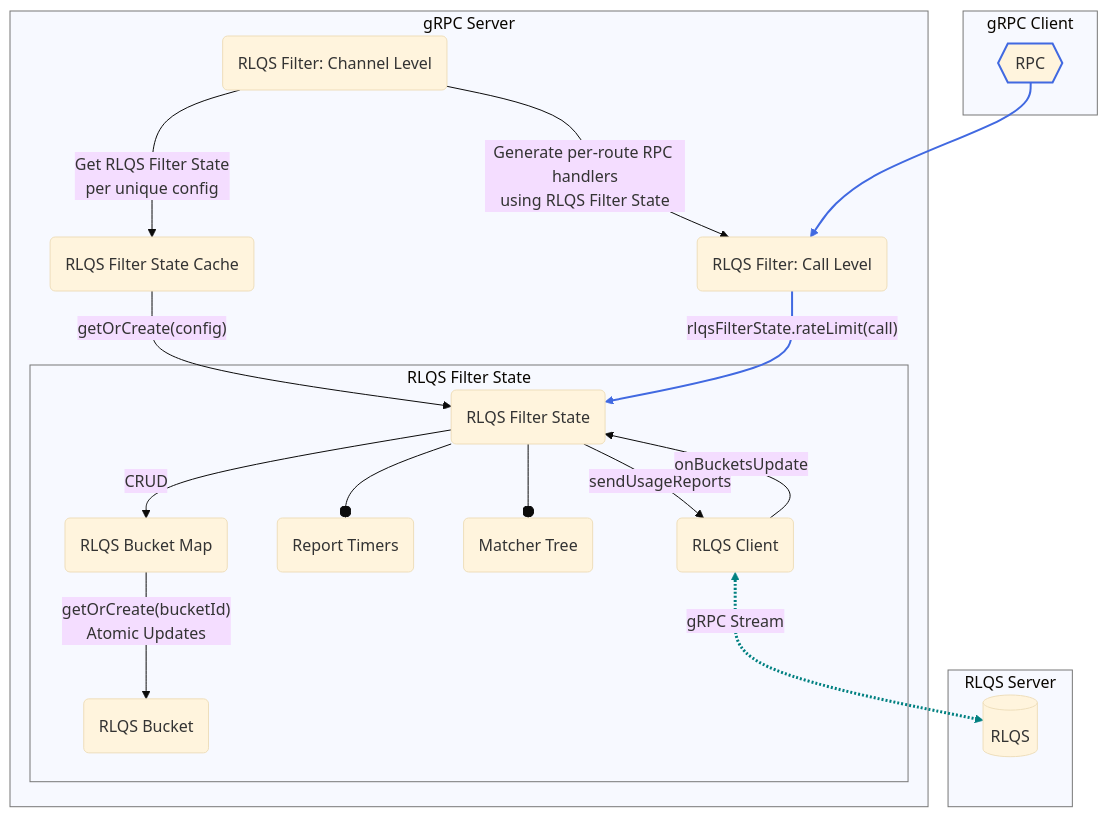
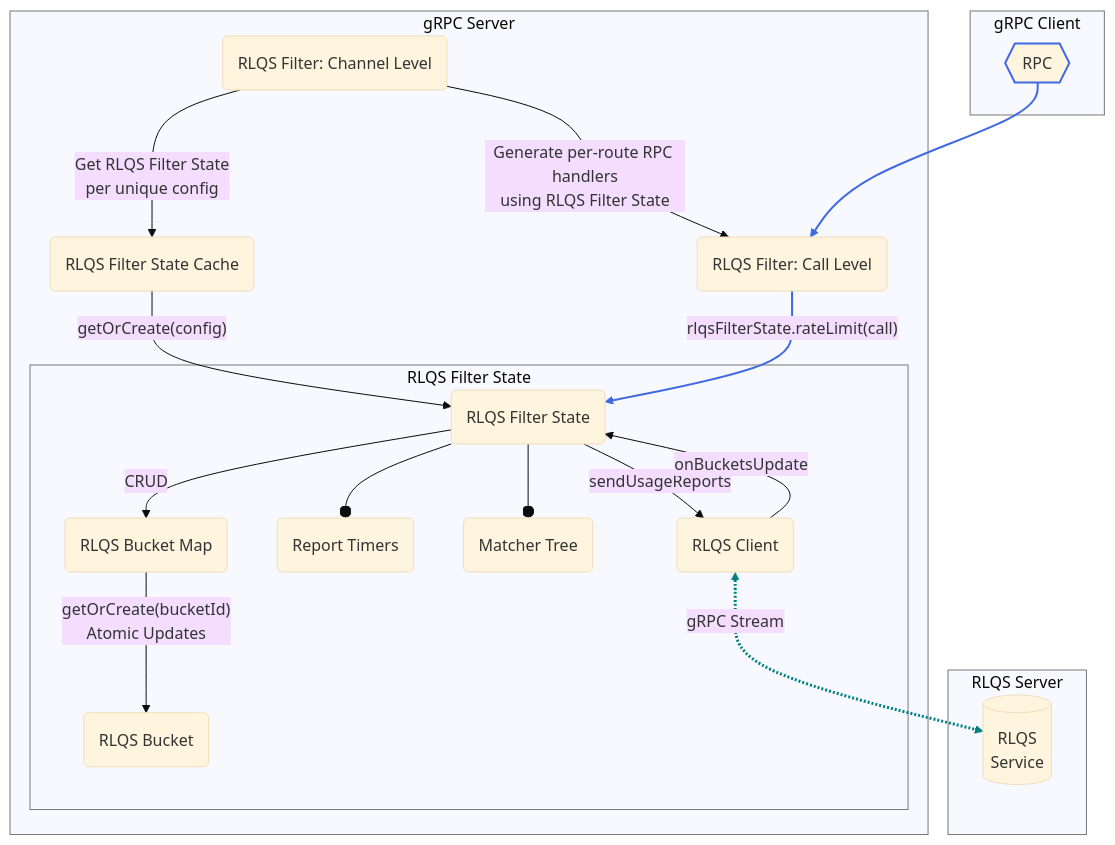
Before and after one commit to sergiitk/grfc-proposal: the diagram in A77-xds-rate-limiting-rlqs.md, drawn with Mermaid. The commit also changed other lines of this file, not shown here.

````diff
--- a/A77-xds-rate-limiting-rlqs.md
+++ b/A77-xds-rate-limiting-rlqs.md
@@ -78,44 +78,44 @@
 ```mermaid
 ---
 config:
   theme: base
   themeVariables:
     clusterBorder: "#777"
 ---
 graph TD
 %% RLQS Components Flowchart v10
 
 %% == nodes ==
     subgraph grpc_client_box [gRPC Client]
         request{{RPC}}
     end
     subgraph rlqs_server_box [RLQS Server]
-        rlqs[(RLQS)]
+        rlqs[(RLQS<br />Service)]
     end
     subgraph grpc_server_box [gRPC Server]
         rlqs_filter(RLQS Filter: Channel Level)
         rlqs_filter_state_cache(RLQS Filter State Cache)
         subgraph rlqs_filter_state_box [RLQS Filter State]
             rlqs_client(RLQS Client)
             rlqs_filter_state(RLQS Filter State)
             report_timers(Report Timers)
             matcher_tree(Matcher Tree)
             rlqs_bucket_map(RLQS Bucket Map)
             rlqs_bucket(RLQS Bucket)
         end
         rpc_handler("RLQS Filter: Call Level")
     end
 %% == edges ==
     rlqs_filter -- "Get RLQS Filter State<br />per unique config" --> rlqs_filter_state_cache -- "getOrCreate(config)" --> rlqs_filter_state
     rlqs_filter -- " Generate per-route RPC handlers<br />using RLQS Filter State " --> rpc_handler -- " rlqsFilterState.rateLimit(call) " --> rlqs_filter_state
     request --> rpc_handler
     rlqs_filter_state --o matcher_tree & report_timers
     rlqs_filter_state -- sendUsageReports --> rlqs_client
     rlqs_filter_state -- CRUD --> rlqs_bucket_map
     rlqs_client -- onBucketsUpdate --> rlqs_filter_state
     rlqs_bucket_map -- " getOrCreate(bucketId)<br />Atomic Updates " --> rlqs_bucket
     rlqs_client <-. gRPC Stream .-> rlqs
     style request stroke: RoyalBlue, stroke-width: 2px;
     linkStyle 3,4 stroke: RoyalBlue, stroke-width: 2px;
     linkStyle 11 stroke: Teal, stroke-width: 3px;
 ```
````
